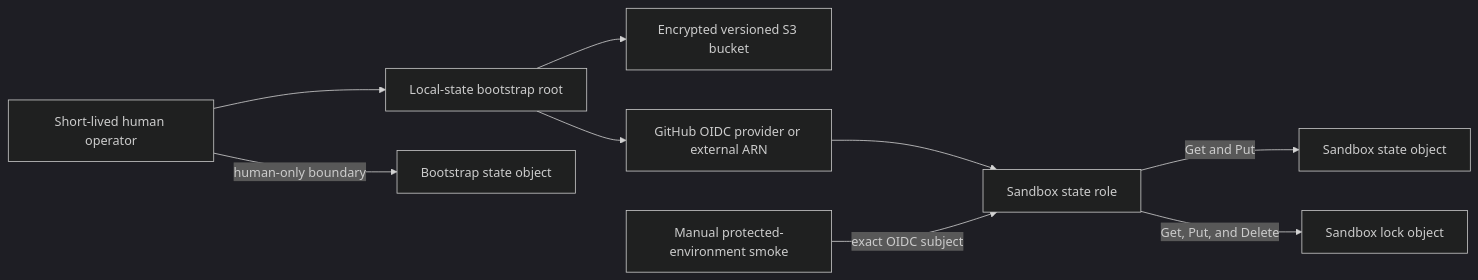
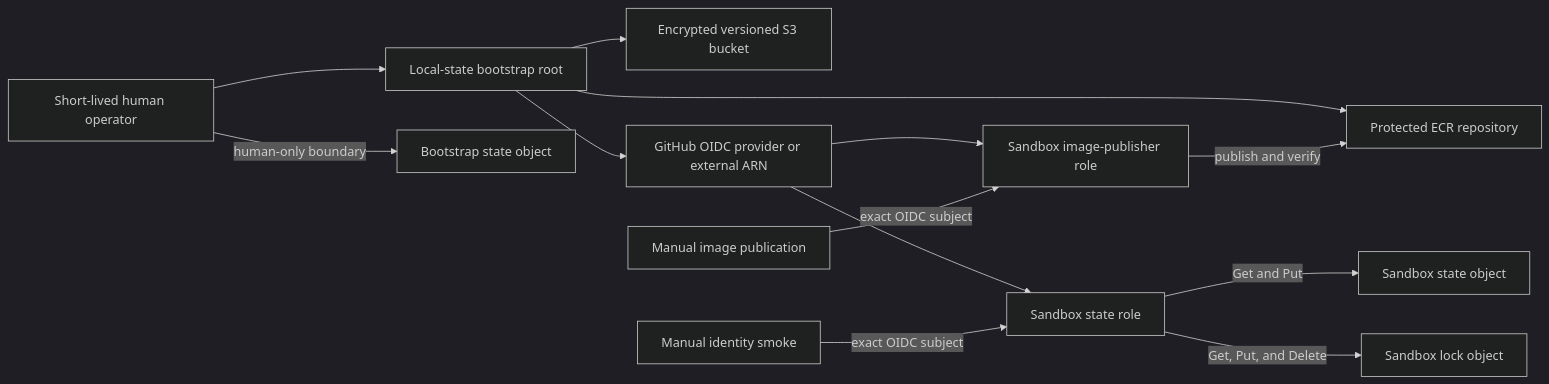
One commit to renanfenrich/staff-aws-platform-blueprint changed the first of 3 diagrams in docs/architecture.md. Above: the diagram before and after it, drawn with Mermaid (dark theme). The commit also changed other lines of this file and 45 other files, not shown here.

First line of the commit message:
feat(supply-chain): add immutable image publication foundation (#5)

````diff
--- a/docs/architecture.md
+++ b/docs/architecture.md
@@ -14,11 +15,15 @@
 ```mermaid
 flowchart LR
   Operator[Short-lived human operator] --> Bootstrap[Local-state bootstrap root]
   Bootstrap --> Bucket[Encrypted versioned S3 bucket]
+  Bootstrap --> ECR[Protected ECR repository]
   Bootstrap --> Provider[GitHub OIDC provider or external ARN]
-  Provider --> Role[Sandbox state role]
-  Workflow[Manual protected-environment smoke] -->|exact OIDC subject| Role
-  Role -->|Get and Put| State[Sandbox state object]
-  Role -->|Get, Put, and Delete| Lock[Sandbox lock object]
+  Provider --> StateRole[Sandbox state role]
+  Provider --> Publisher[Sandbox image-publisher role]
+  Smoke[Manual identity smoke] -->|exact OIDC subject| StateRole
+  Publish[Manual image publication] -->|exact OIDC subject| Publisher
+  Publisher -->|publish and verify| ECR
+  StateRole -->|Get and Put| State[Sandbox state object]
+  StateRole -->|Get, Put, and Delete| Lock[Sandbox lock object]
   Operator -->|human-only boundary| BootstrapState[Bootstrap state object]
 ```
````
